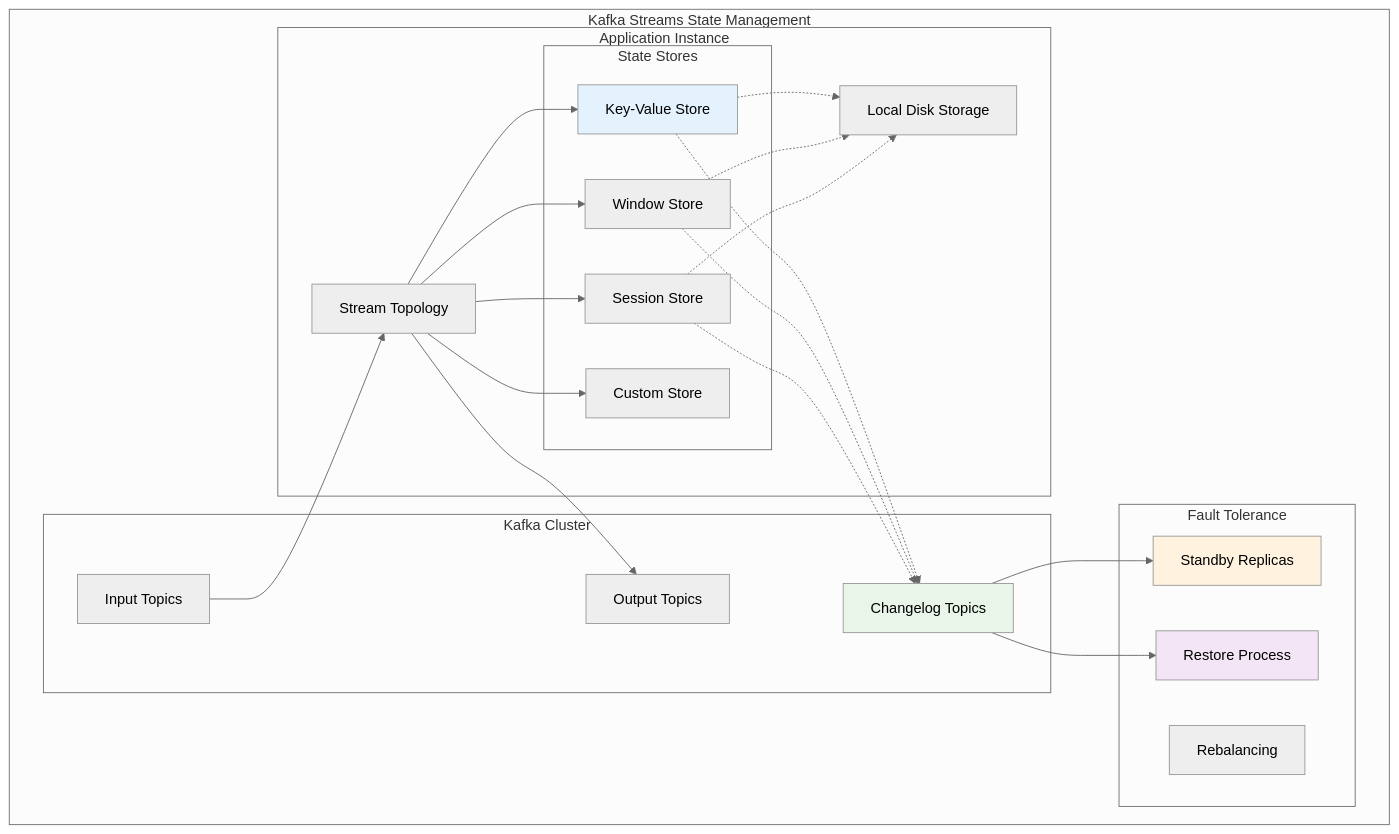
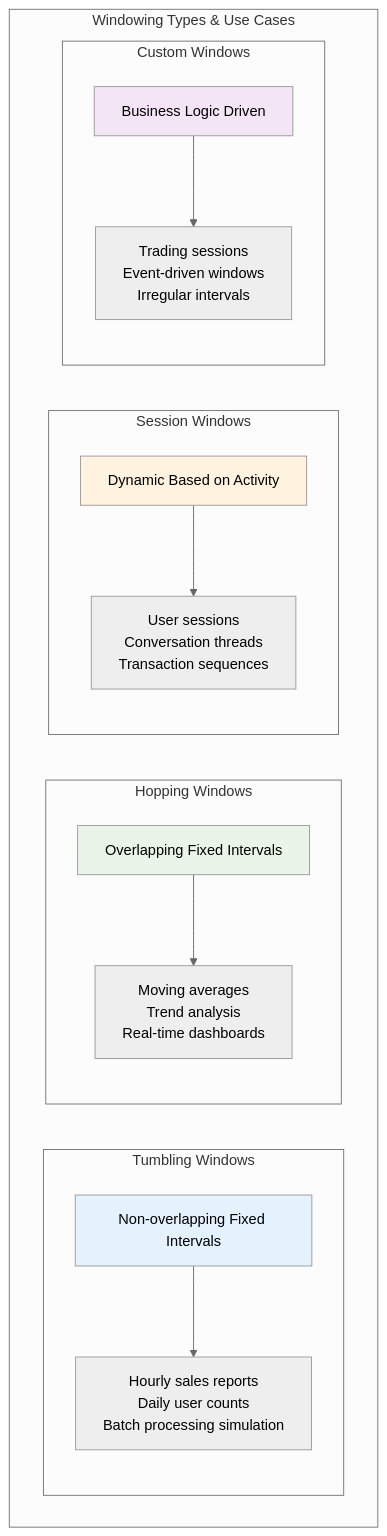
The first of 2 diagrams in class/modules/lesson_16/concept.md (vorrawut/KafkaStarter), drawn with Mermaid (neutral theme) before and after one commit. The commit also changed other lines of this file and 204 other files, not shown here.

````diff
--- a/class/modules/lesson_16/concept.md
+++ b/class/modules/lesson_16/concept.md
@@ -14,53 +13,34 @@
 ```mermaid
 graph TB
-    subgraph "Kafka Streams State Management"
-        subgraph "Application Instance"
-            TOPOLOGY[Stream Topology]
-            
-            subgraph "State Stores"
-                KV_STORE[Key-Value Store]
-                WINDOW_STORE[Window Store]
-                SESSION_STORE[Session Store]
-                CUSTOM_STORE[Custom Store]
-            end
-            
-            LOCAL_DISK[Local Disk Storage]
+    subgraph "Windowing Types & Use Cases"
+        subgraph "Tumbling Windows"
+            TW[Non-overlapping Fixed Intervals]
+            TW_USE[Hourly sales reports<br/>Daily user counts<br/>Batch processing simulation]
         end
         
-        subgraph "Kafka Cluster"
-            CHANGELOG[Changelog Topics]
-            INPUT_TOPICS[Input Topics]
-            OUTPUT_TOPICS[Output Topics]
+        subgraph "Hopping Windows"
+            HW[Overlapping Fixed Intervals]
+            HW_USE[Moving averages<br/>Trend analysis<br/>Real-time dashboards]
         end
         
-        subgraph "Fault Tolerance"
-            STANDBY[Standby Replicas]
-            RESTORE[Restore Process]
-            REBALANCE[Rebalancing]
+        subgraph "Session Windows"
+            SW[Dynamic Based on Activity]
+            SW_USE[User sessions<br/>Conversation threads<br/>Transaction sequences]
+        end
+        
+        subgraph "Custom Windows"
+            CW[Business Logic Driven]
+            CW_USE[Trading sessions<br/>Event-driven windows<br/>Irregular intervals]
         end
     end
     
-    TOPOLOGY --> KV_STORE
-    TOPOLOGY --> WINDOW_STORE
-    TOPOLOGY --> SESSION_STORE
-    TOPOLOGY --> CUSTOM_STORE
+    TW --> TW_USE
+    HW --> HW_USE  
+    SW --> SW_USE
+    CW --> CW_USE
     
-    KV_STORE -.-> LOCAL_DISK
-    WINDOW_STORE -.-> LOCAL_DISK
-    SESSION_STORE -.-> LOCAL_DISK
-    
-    KV_STORE -.-> CHANGELOG
-    WINDOW_STORE -.-> CHANGELOG
-    SESSION_STORE -.-> CHANGELOG
-    
-    CHANGELOG --> STANDBY
-    CHANGELOG --> RESTORE
-    
-    INPUT_TOPICS --> TOPOLOGY
-    TOPOLOGY --> OUTPUT_TOPICS
-    
-    style KV_STORE fill:#e3f2fd
-    style CHANGELOG fill:#e8f5e8
-    style STANDBY fill:#fff3e0
-    style RESTORE fill:#f3e5f5
+    style TW fill:#e3f2fd
+    style HW fill:#e8f5e8
+    style SW fill:#fff3e0
+    style CW fill:#f3e5f5
 ```
````
